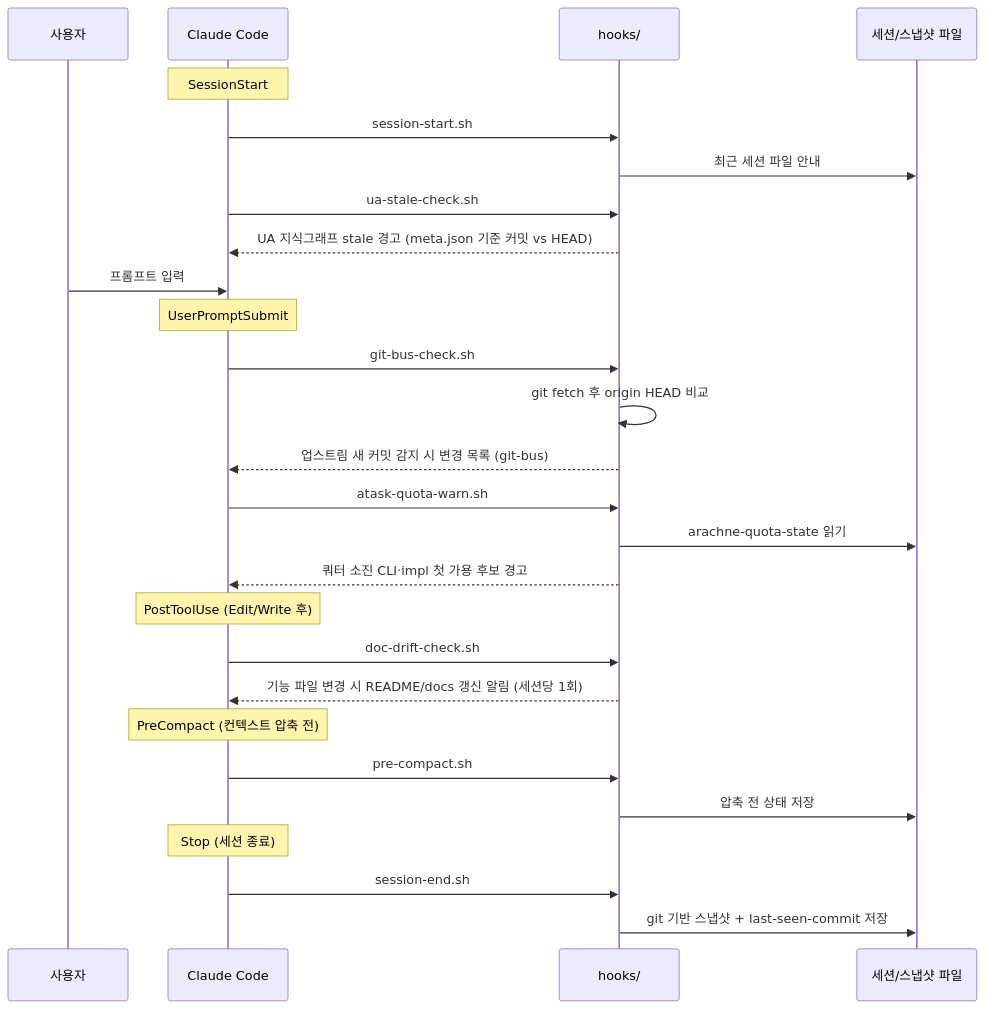
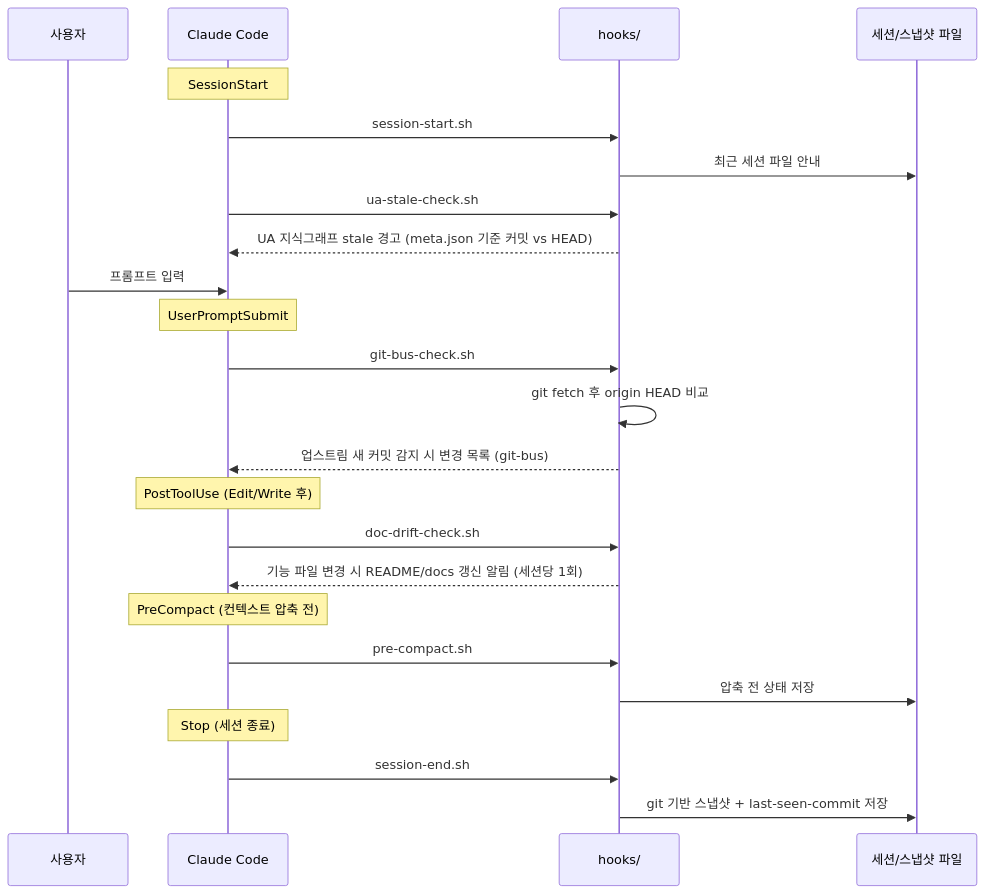
Before and after one commit to jomarusoup/Arachne: the second of 4 diagrams in docs/ARCHITECTURE.md, drawn with Mermaid. The commit also changed other lines of this file and 13 other files, not shown here.

````diff
--- a/docs/ARCHITECTURE.md
+++ b/docs/ARCHITECTURE.md
@@ -259,34 +183,30 @@
 ```mermaid
 sequenceDiagram
     participant U as 사용자
     participant CC as Claude Code
     participant H as hooks/
     participant FS as 세션/스냅샷 파일
 
     Note over CC: SessionStart
     CC->>H: session-start.sh
     H->>FS: 최근 세션 파일 안내
     CC->>H: ua-stale-check.sh
     H-->>CC: UA 지식그래프 stale 경고 (meta.json 기준 커밋 vs HEAD)
 
     U->>CC: 프롬프트 입력
     Note over CC: UserPromptSubmit
     CC->>H: git-bus-check.sh
     H->>H: git fetch 후 origin HEAD 비교
     H-->>CC: 업스트림 새 커밋 감지 시 변경 목록 (git-bus)
-    CC->>H: atask-quota-warn.sh
-    H->>FS: arachne-quota-state 읽기
-    H-->>CC: 쿼터 소진 CLI·impl 첫 가용 후보 경고
-
     Note over CC: PostToolUse (Edit/Write 후)
     CC->>H: doc-drift-check.sh
     H-->>CC: 기능 파일 변경 시 README/docs 갱신 알림 (세션당 1회)
 
     Note over CC: PreCompact (컨텍스트 압축 전)
     CC->>H: pre-compact.sh
     H->>FS: 압축 전 상태 저장
 
     Note over CC: Stop (세션 종료)
     CC->>H: session-end.sh
     H->>FS: git 기반 스냅샷 + last-seen-commit 저장
 ```
````
